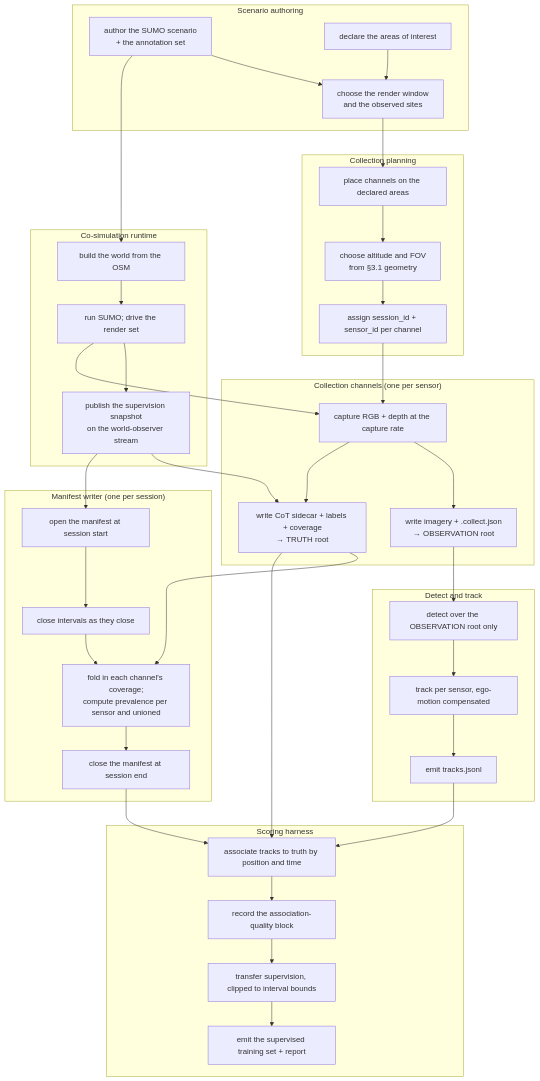
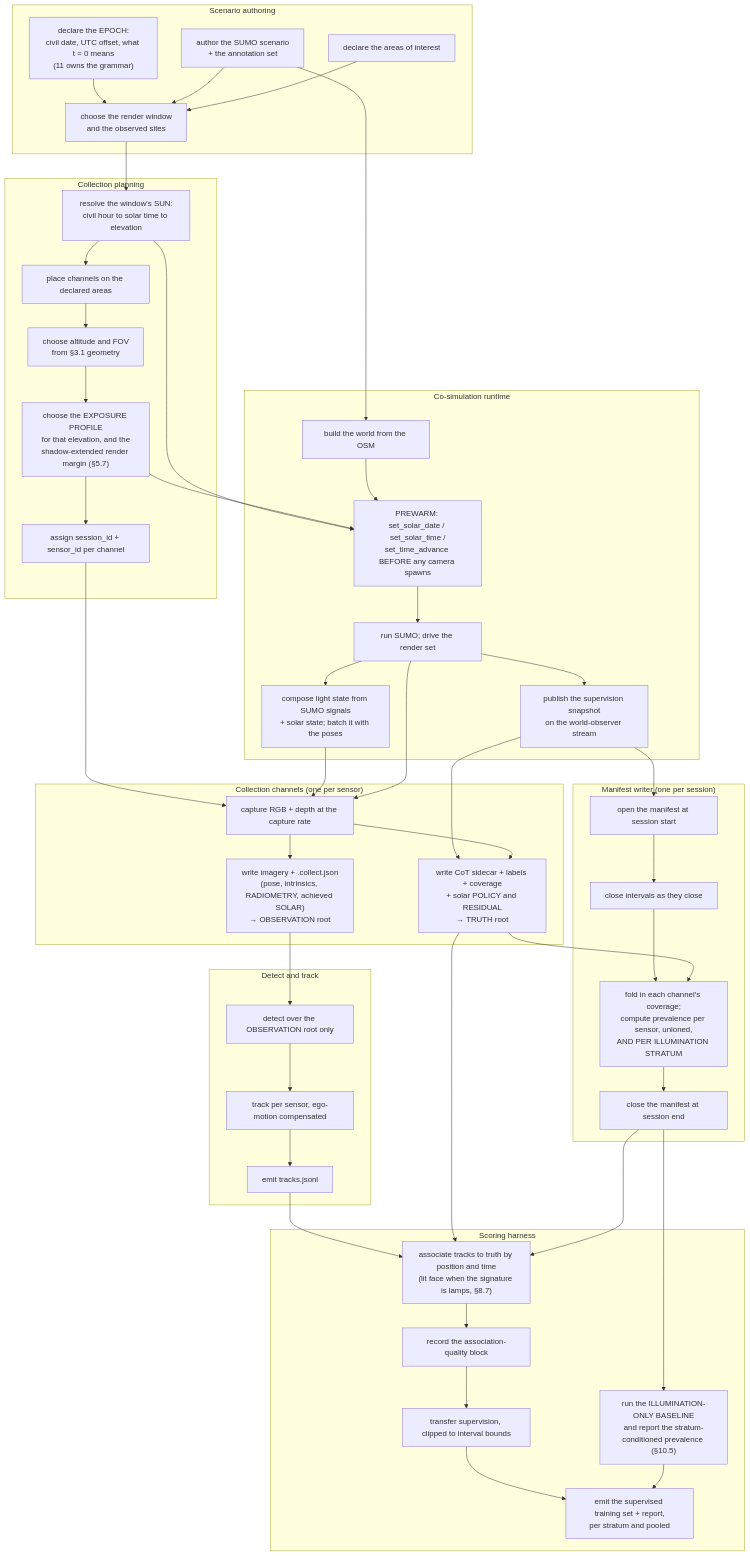
Before and after one commit to sbrett9/carla: the fifth of 6 diagrams in Docs/CAT_Research/Plans/SUMO_Behavioral_Capture/08_Collection_And_EPoL.md, drawn with Mermaid. The commit also changed other lines of this file and 15 other files, not shown here.

````diff
--- a/Docs/CAT_Research/Plans/SUMO_Behavioral_Capture/08_Collection_And_EPoL.md
+++ b/Docs/CAT_Research/Plans/SUMO_Behavioral_Capture/08_Collection_And_EPoL.md
@@ -1487,65 +2787,78 @@
 ```mermaid
 flowchart TB
     subgraph AUTH["Scenario authoring"]
         A1["author the SUMO scenario<br/>+ the annotation set"]
         A2["declare the areas of interest"]
+        A0["declare the EPOCH:<br/>civil date, UTC offset, what t = 0 means<br/>(11 owns the grammar)"]
         A3["choose the render window<br/>and the observed sites"]
     end
 
     subgraph PLAN["Collection planning"]
+        P0["resolve the window's SUN:<br/>civil hour to solar time to elevation"]
         P1["place channels on the declared areas"]
         P2["choose altitude and FOV<br/>from §3.1 geometry"]
+        P2b["choose the EXPOSURE PROFILE<br/>for that elevation, and the<br/>shadow-extended render margin (§5.7)"]
         P3["assign session_id + sensor_id per channel"]
     end
 
     subgraph RUN["Co-simulation runtime"]
         R1["build the world from the OSM"]
+        R0["PREWARM: set_solar_date / set_solar_time /<br/>set_time_advance BEFORE any camera spawns"]
         R2["run SUMO; drive the render set"]
+        R2b["compose light state from SUMO signals<br/>+ solar state; batch it with the poses"]
         R3["publish the supervision snapshot<br/>on the world-observer stream"]
     end
 
     subgraph COLL["Collection channels (one per sensor)"]
         C1["capture RGB + depth at the capture rate"]
-        C2["write imagery + .collect.json<br/>→ OBSERVATION root"]
-        C3["write CoT sidecar + labels + coverage<br/>→ TRUTH root"]
+        C2["write imagery + .collect.json<br/>(pose, intrinsics, RADIOMETRY, achieved SOLAR)<br/>→ OBSERVATION root"]
+        C3["write CoT sidecar + labels + coverage<br/>+ solar POLICY and RESIDUAL<br/>→ TRUTH root"]
     end
 
     subgraph MAN["Manifest writer (one per session)"]
         M1["open the manifest at session start"]
         M2["close intervals as they close"]
-        M3["fold in each channel's coverage;<br/>compute prevalence per sensor and unioned"]
+        M3["fold in each channel's coverage;<br/>compute prevalence per sensor, unioned,<br/>AND PER ILLUMINATION STRATUM"]
         M4["close the manifest at session end"]
     end
 
     subgraph DT["Detect and track"]
         D1["detect over the OBSERVATION root only"]
         D2["track per sensor, ego-motion compensated"]
         D3["emit tracks.jsonl"]
     end
 
     subgraph JOIN["Scoring harness"]
-        J1["associate tracks to truth by position and time"]
+        J1["associate tracks to truth by position and time<br/>(lit face when the signature is lamps, §8.7)"]
         J2["record the association-quality block"]
         J3["transfer supervision, clipped to interval bounds"]
-        J4["emit the supervised training set + report"]
+        J0["run the ILLUMINATION-ONLY BASELINE<br/>and report the stratum-conditioned prevalence (§10.5)"]
+        J4["emit the supervised training set + report,<br/>per stratum and pooled"]
     end
 
+    A0 --> A3
     A1 --> A3
     A2 --> A3
-    A3 --> P1
-    P1 --> P2 --> P3
+    A3 --> P0
+    P0 --> P1
+    P1 --> P2 --> P2b --> P3
     P3 --> C1
-    A1 --> R1 --> R2 --> R3
+    A1 --> R1 --> R0 --> R2 --> R3
+    P0 --> R0
+    P2b --> R0
+    R2 --> R2b
+    R2b --> C1
     R2 --> C1
     R3 --> C3
     C1 --> C2
     C1 --> C3
     R3 --> M1
     M1 --> M2 --> M3 --> M4
     C3 --> M3
     C2 --> D1 --> D2 --> D3
     D3 --> J1
     C3 --> J1
     M4 --> J1
     J1 --> J2 --> J3 --> J4
+    M4 --> J0 --> J4
 ```
````
